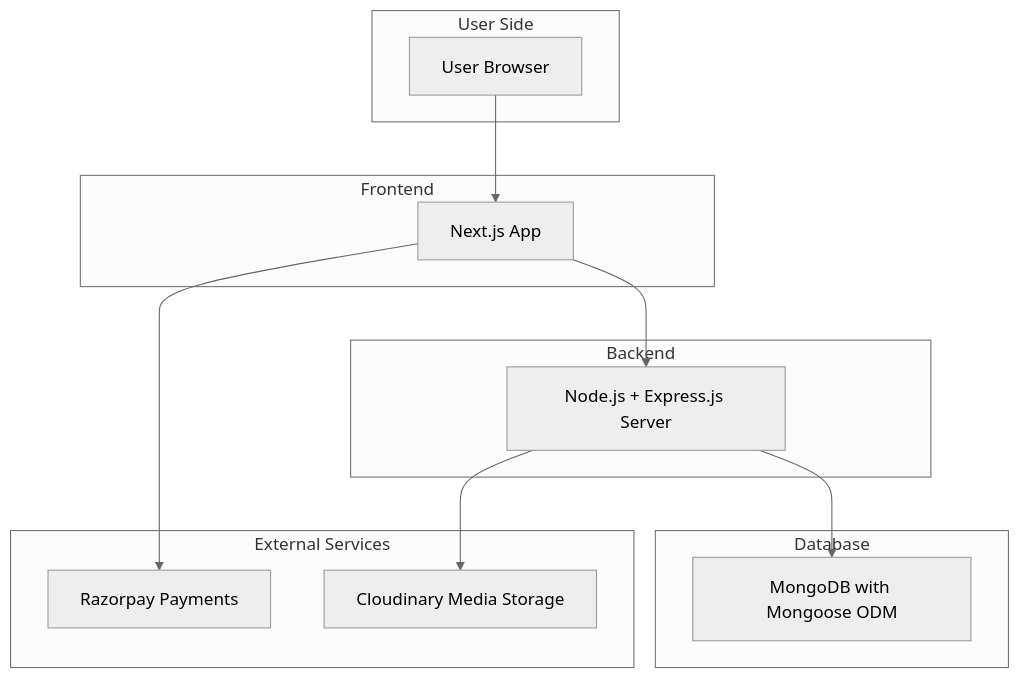
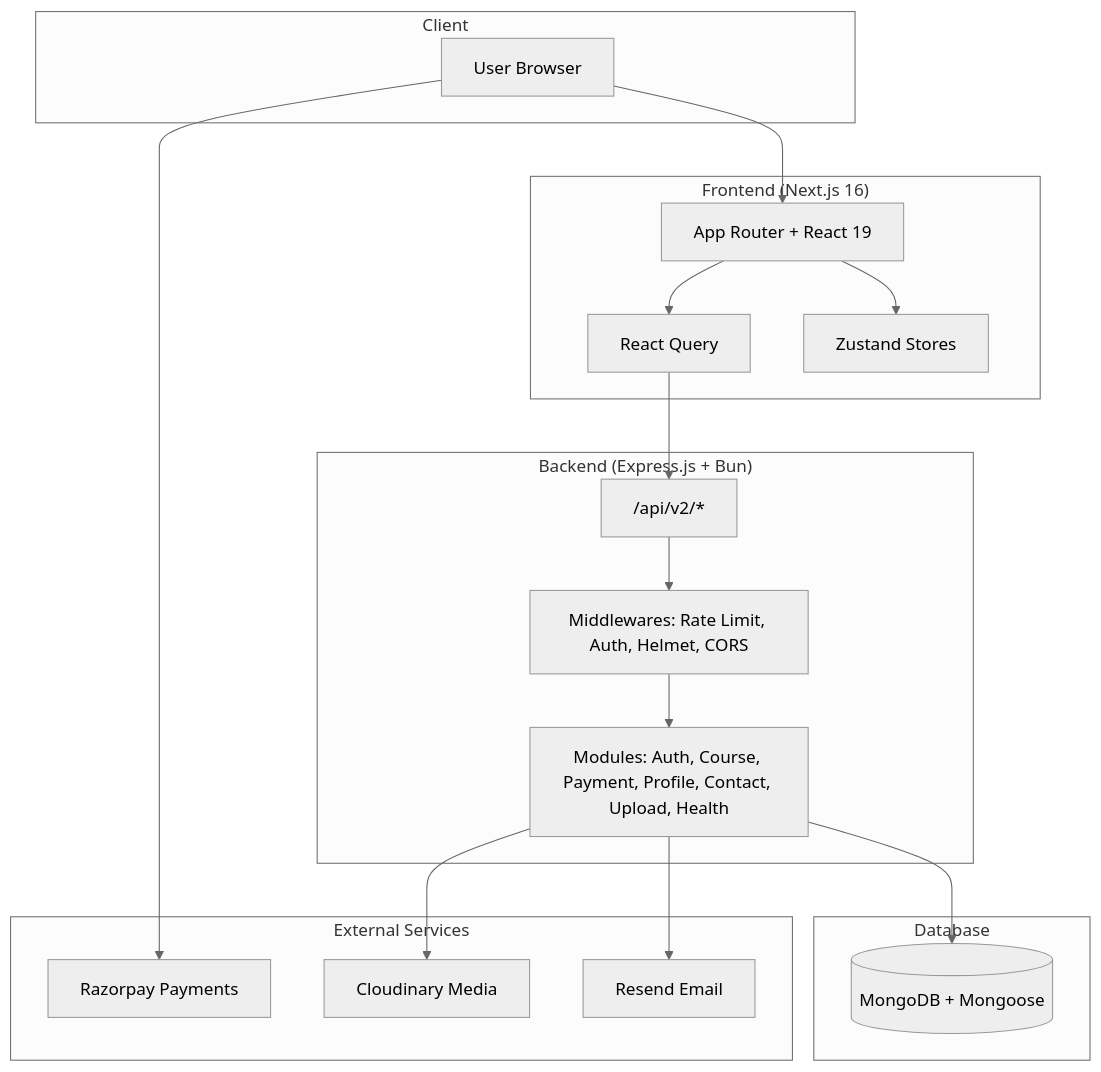
One commit to AayushBharti/Zenith-Academy changed the diagram in README.md. Above: the diagram before and after it, drawn with Mermaid (neutral theme). The commit also changed other lines of this file, not shown here.

Commit message:
docs: Rewrite the README around the Turborepo layout, Bun workflow and v2 API

````diff
--- a/README.md
+++ b/README.md
@@ -104,29 +126,38 @@
 ```mermaid
 graph TD
-    subgraph User Side
-        User[User Browser]
+    subgraph Client
+        Browser[User Browser]
     end
 
-    subgraph Frontend
-        FE[Next.js App]
+    subgraph "Frontend (Next.js 16)"
+        FE[App Router + React 19]
+        RQ[React Query]
+        ZS[Zustand Stores]
     end
 
-    subgraph Backend
-        BE[Node.js + Express.js Server]
+    subgraph "Backend (Express.js + Bun)"
+        API["/api/v2/*"]
+        MW[Middlewares: Rate Limit, Auth, Helmet, CORS]
+        MOD[Modules: Auth, Course, Payment, Profile, Contact, Upload, Health]
     end
 
     subgraph Database
-        DB[MongoDB with Mongoose ODM]
+        DB[(MongoDB + Mongoose)]
     end
 
     subgraph External Services
-        Razorpay[Razorpay Payments]
-        Cloudinary[Cloudinary Media Storage]
+        RP[Razorpay Payments]
+        CL[Cloudinary Media]
+        RS[Resend Email]
     end
 
-    User --> FE
-    FE --> BE
-    BE --> DB
-    BE --> Cloudinary
-    FE --> Razorpay
+    Browser --> FE
+    FE --> RQ
+    FE --> ZS
+    RQ --> API
+    API --> MW --> MOD
+    MOD --> DB
+    MOD --> CL
+    MOD --> RS
+    Browser --> RP
 ```
````
